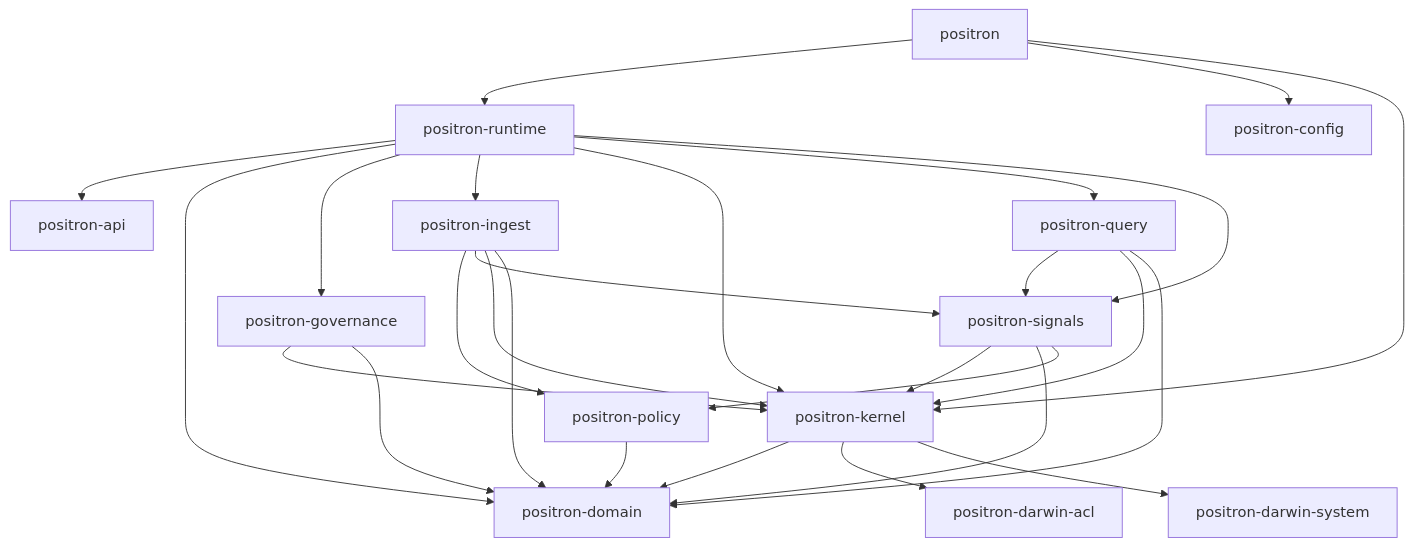
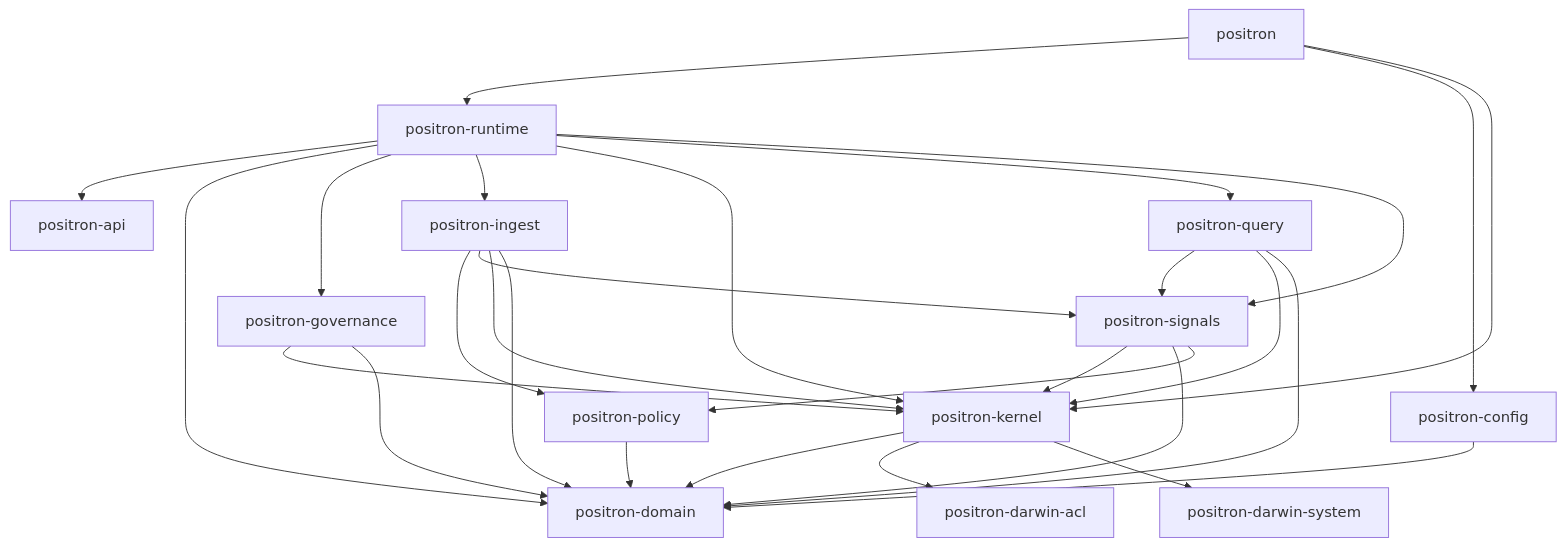
Before and after one commit to guaracloud/positron: the fifth of 5 diagrams in docs/application-design.md, drawn with Mermaid. The commit also changed other lines of this file and 89 other files, not shown here.

````diff
--- a/docs/application-design.md
+++ b/docs/application-design.md
@@ -1323,44 +1340,46 @@
 ```mermaid
 flowchart TD
     app["positron"]
     domain["positron-domain"]
     api["positron-api"]
     config["positron-config"]
     runtime["positron-runtime"]
     kernel["positron-kernel"]
     darwin_acl["positron-darwin-acl"]
     darwin_system["positron-darwin-system"]
     signals["positron-signals"]
     governance["positron-governance"]
     policy["positron-policy"]
     ingest["positron-ingest"]
     query["positron-query"]
 
     app --> runtime
     app --> config
     app --> kernel
+
+    config --> domain
 
     runtime --> api
     runtime --> domain
     runtime --> governance
     runtime --> ingest
     runtime --> kernel
     runtime --> query
     runtime --> signals
     kernel --> domain
     kernel --> darwin_acl
     kernel --> darwin_system
     signals --> kernel
     signals --> domain
     signals --> policy
     governance --> kernel
     governance --> domain
     policy --> domain
     ingest --> policy
     ingest --> signals
     ingest --> kernel
     ingest --> domain
     query --> signals
     query --> kernel
     query --> domain
 ```
````
